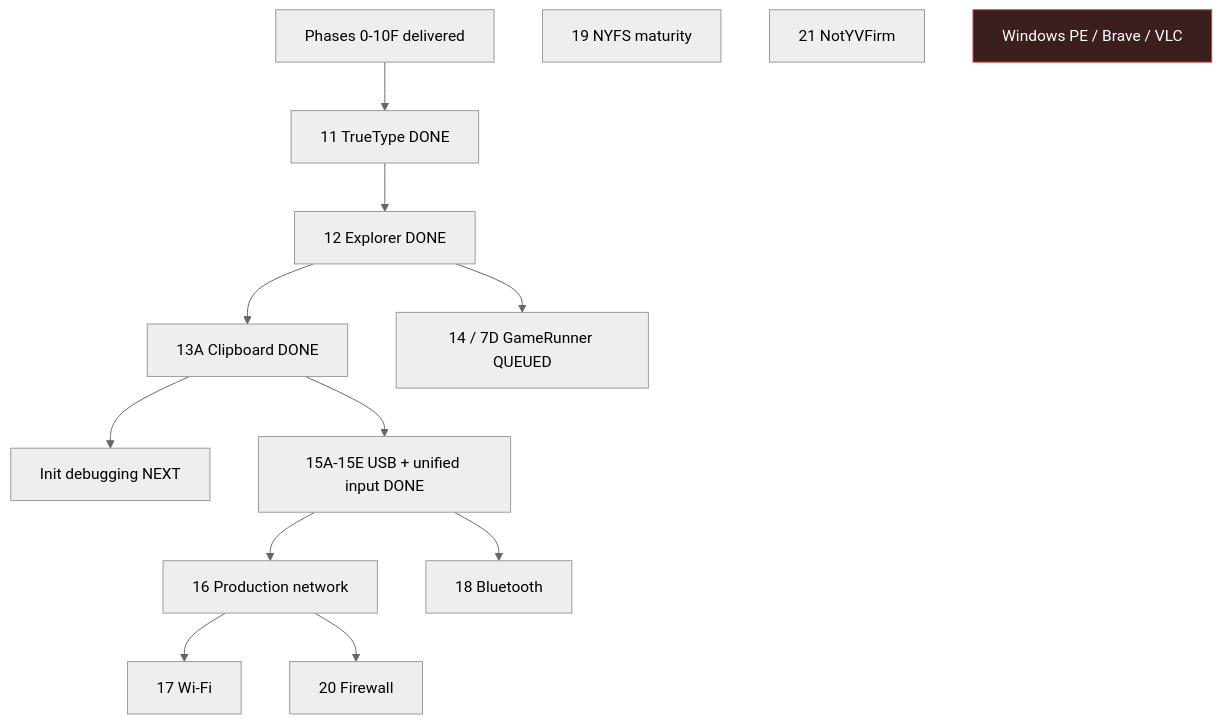
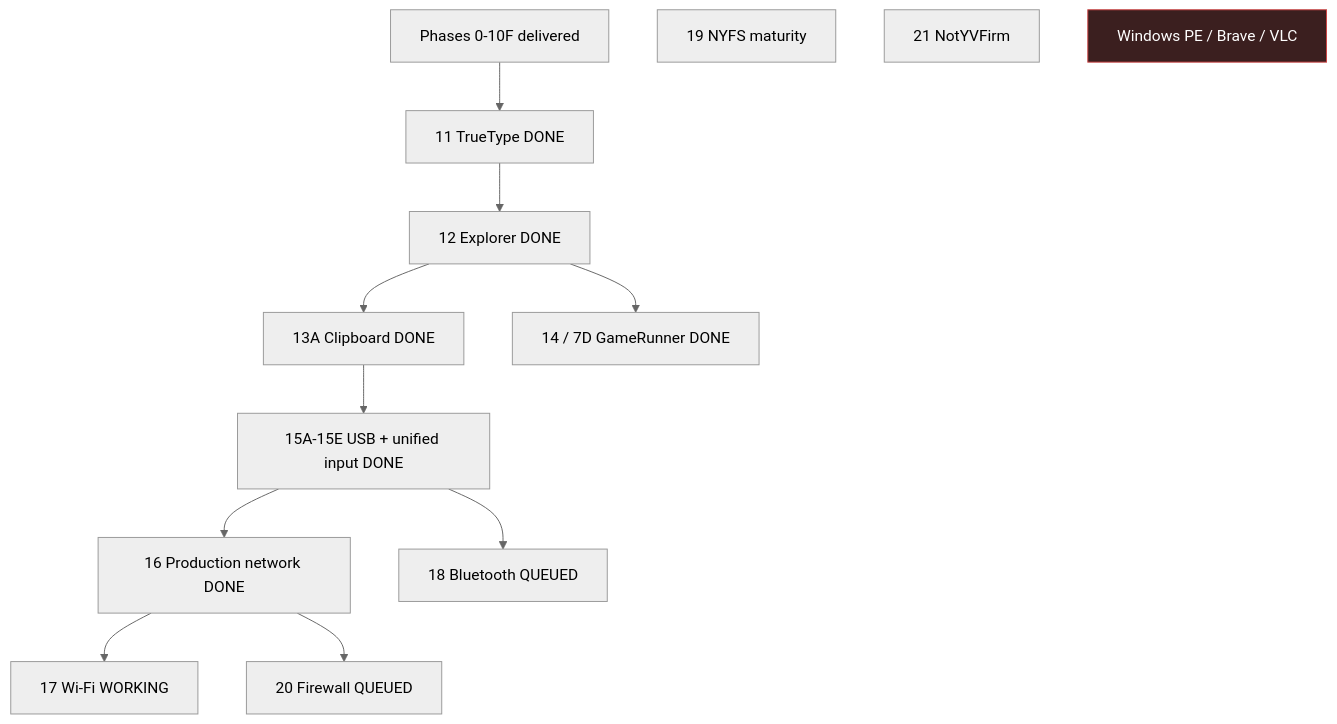
One commit to NotY215/NotYVOS changed the diagram in docs/roadmap.md. Above: the diagram before and after it, drawn with Mermaid (neutral theme). The commit also changed other lines of this file, not shown here.

````diff
--- a/docs/roadmap.md
+++ b/docs/roadmap.md
@@ -10,17 +10,16 @@
 ```mermaid
 flowchart TD
     D[Phases 0-10F delivered] --> P11[11 TrueType DONE]
     P11 --> P12[12 Explorer DONE]
     P12 --> P13A[13A Clipboard DONE]
-    P13A --> I[Init debugging NEXT]
-    P12 --> P14[14 / 7D GameRunner QUEUED]
+    P12 --> P14[14 / 7D GameRunner DONE]
     P13A --> P15[15A-15E USB + unified input DONE]
-    P15 --> P16[16 Production network]
-    P16 --> P17[17 Wi-Fi]
-    P15 --> P18[18 Bluetooth]
-    P16 --> P20[20 Firewall]
+    P15 --> P16[16 Production network DONE]
+    P16 --> P17[17 Wi-Fi WORKING]
+    P15 --> P18[18 Bluetooth QUEUED]
+    P16 --> P20[20 Firewall QUEUED]
     P19[19 NYFS maturity]
     P21[21 NotYVFirm]
     X[Windows PE / Brave / VLC]:::ex
     classDef ex fill:#3b1f1f,stroke:#c44,color:#fff
 ```
````
